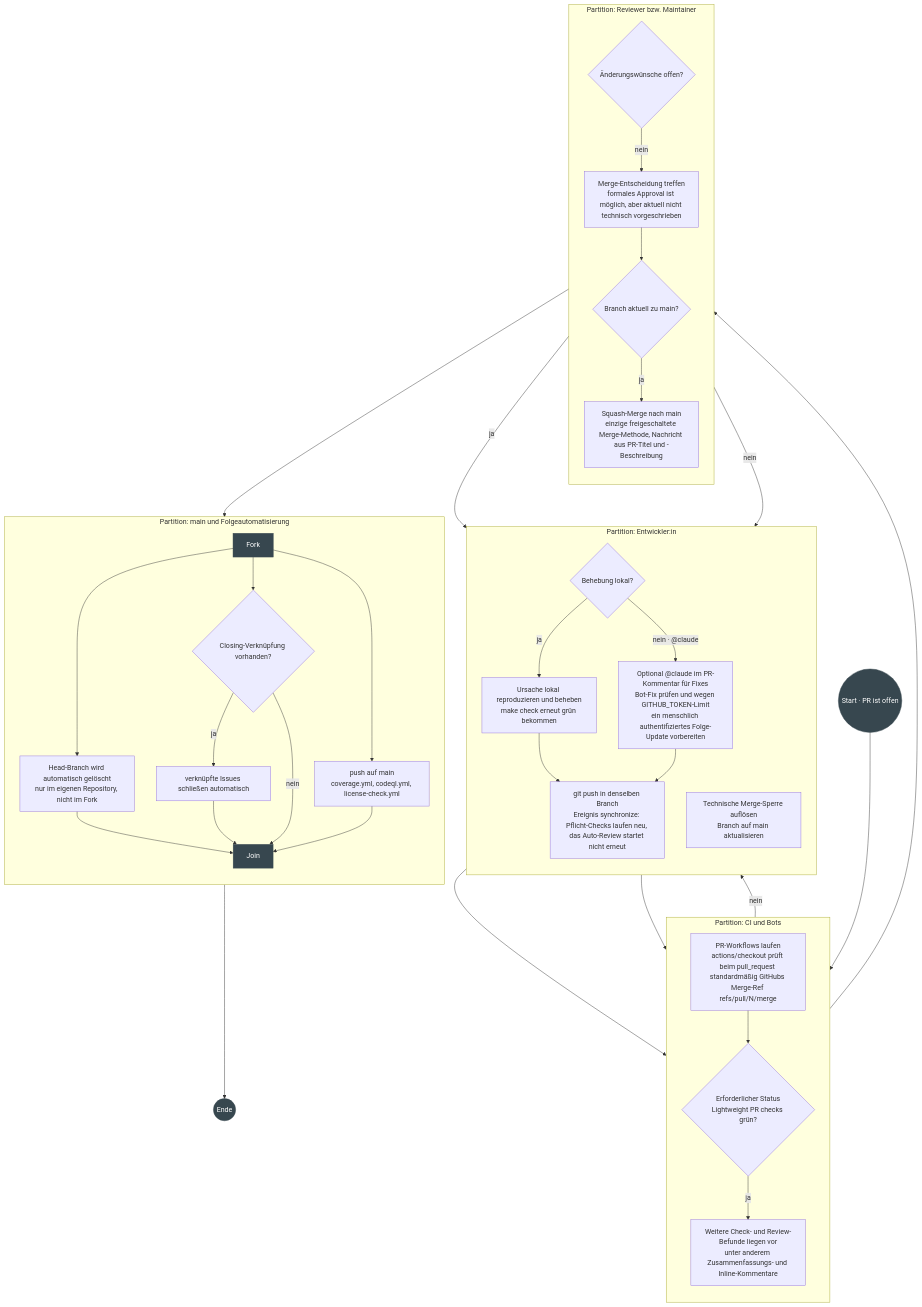
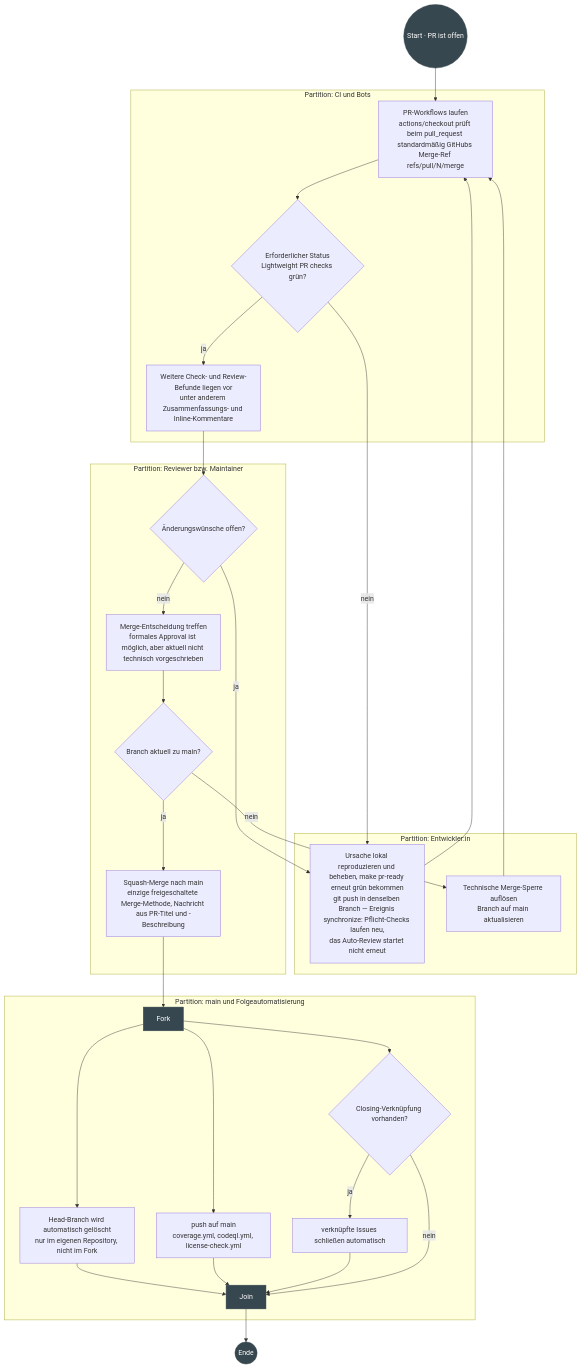
One commit to NikolayDA/picture_helper changed the third of 5 diagrams in docs/PROZESSE_UML.md. Above: the diagram before and after it, drawn with Mermaid. The commit also changed other lines of this file and 1 other file, not shown here.

````diff
--- a/docs/PROZESSE_UML.md
+++ b/docs/PROZESSE_UML.md
@@ -369,58 +214,41 @@
 ```mermaid
 flowchart TD
   START(("Start · PR ist offen")):::terminal --> R1
-
   subgraph CI["Partition: CI und Bots"]
-    direction TB
     R1["PR-Workflows laufen<br/>actions/checkout prüft beim pull_request standardmäßig GitHubs Merge-Ref refs/pull/N/merge"]
     RQ1{"Erforderlicher Status<br/>Lightweight PR checks grün?"}
     RB["Weitere Check- und Review-Befunde liegen vor<br/>unter anderem Zusammenfassungs- und Inline-Kommentare"]
   end
-
   subgraph DEV["Partition: Entwickler:in"]
-    direction TB
-    F1["Ursache lokal reproduzieren und beheben<br/>make check erneut grün bekommen"]
-    F2["git push in denselben Branch<br/>Ereignis synchronize: Pflicht-Checks laufen neu, das Auto-Review startet nicht erneut"]
-    FQ{"Behebung lokal?"}
-    F3["Optional @claude im PR-Kommentar für Fixes<br/>Bot-Fix prüfen und wegen GITHUB_TOKEN-Limit<br/>ein menschlich authentifiziertes Folge-Update vorbereiten"]
+    F1["Ursache lokal reproduzieren und beheben, make pr-ready erneut grün bekommen<br/>git push in denselben Branch — Ereignis synchronize: Pflicht-Checks laufen neu,<br/>das Auto-Review startet nicht erneut"]
     F4["Technische Merge-Sperre auflösen<br/>Branch auf main aktualisieren"]
   end
-
   subgraph REV["Partition: Reviewer bzw. Maintainer"]
-    direction TB
     RQ2{"Änderungswünsche offen?"}
     A1["Merge-Entscheidung treffen<br/>formales Approval ist möglich, aber aktuell nicht technisch vorgeschrieben"]
     RQ3{"Branch aktuell zu main?"}
     M1["Squash-Merge nach main<br/>einzige freigeschaltete Merge-Methode, Nachricht aus PR-Titel und -Beschreibung"]
   end
-
   subgraph POST["Partition: main und Folgeautomatisierung"]
-    direction TB
     J2["Fork"]:::bar
     J3["Join"]:::bar
     IQ{"Closing-Verknüpfung vorhanden?"}
     N1["verknüpfte Issues schließen automatisch"]
     N2["push auf main<br/>coverage.yml, codeql.yml, license-check.yml"]
     N3["Head-Branch wird automatisch gelöscht<br/>nur im eigenen Repository, nicht im Fork"]
   end
-
   R1 --> RQ1
-  RQ1 -->|"nein"| F1 --> F2 --> R1
+  RQ1 -->|"nein"| F1 --> R1
   RQ1 -->|"ja"| RB --> RQ2
-  RQ2 -->|"ja"| FQ
-  FQ -->|"ja"| F1
-  FQ -->|"nein · @claude"| F3 --> F2
+  RQ2 -->|"ja"| F1
   RQ2 -->|"nein"| A1 --> RQ3
   RQ3 -->|"nein"| F4 --> R1
   RQ3 -->|"ja"| M1 --> J2
-  J2 --> N3 --> J3
+  J2 --> N3 & N2 --> J3
   J2 --> IQ
   IQ -->|"ja"| N1 --> J3
   IQ -->|"nein"| J3
-  J2 --> N2
-  N2 --> J3
   J3 --> ENDE(("Ende")):::terminal
-
   classDef terminal fill:#37474f,stroke:#37474f,color:#ffffff;
   classDef bar fill:#37474f,stroke:#37474f,color:#ffffff;
 ```
````
